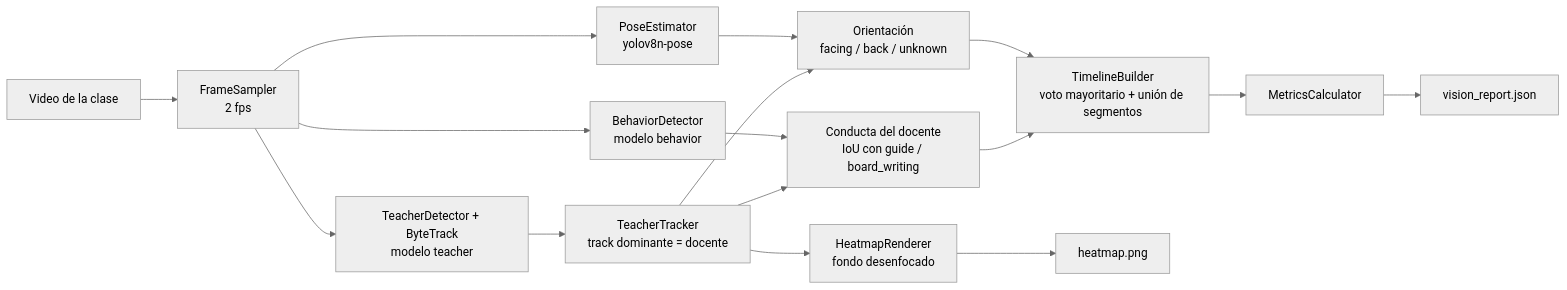
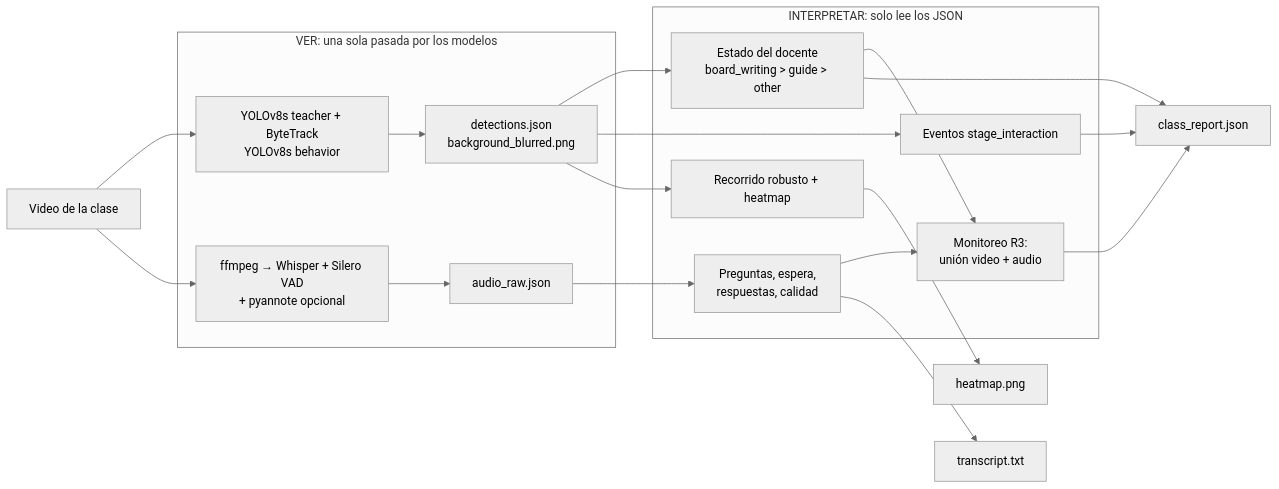
Before and after one commit to CaVassM/espejo: the diagram in README.md, drawn with Mermaid (neutral theme). The commit also changed other lines of this file, not shown here.

Commit message:
docs: README con modelos, métricas por rúbrica, limitaciones y mejoras

````diff
--- a/README.md
+++ b/README.md
@@ -13,18 +16,22 @@
 ```mermaid
 flowchart LR
-    A[Video de la clase] --> B[FrameSampler<br/>2 fps]
-    B --> C[TeacherDetector + ByteTrack<br/>modelo teacher]
-    B --> D[BehaviorDetector<br/>modelo behavior]
-    B --> E[PoseEstimator<br/>yolov8n-pose]
-    C --> F[TeacherTracker<br/>track dominante = docente]
-    F --> G[Conducta del docente<br/>IoU con guide / board_writing]
-    D --> G
-    F --> H[Orientación<br/>facing / back / unknown]
-    E --> H
-    G --> I[TimelineBuilder<br/>voto mayoritario + unión de segmentos]
-    H --> I
-    I --> J[MetricsCalculator]
-    F --> K[HeatmapRenderer<br/>fondo desenfocado]
-    J --> L[vision_report.json]
-    K --> M[heatmap.png]
+    V[Video de la clase] --> VER1
+    V --> VER2
+    subgraph VER [VER: una sola pasada por los modelos]
+        VER1[YOLOv8s teacher + ByteTrack<br/>YOLOv8s behavior] --> D[detections.json<br/>background_blurred.png]
+        VER2[ffmpeg → Whisper + Silero VAD<br/>+ pyannote opcional] --> A[audio_raw.json]
+    end
+    subgraph INTERPRETAR [INTERPRETAR: solo lee los JSON]
+        D --> T[Estado del docente<br/>board_writing > guide > other]
+        D --> S[Eventos stage_interaction]
+        D --> P[Recorrido robusto + heatmap]
+        A --> Q[Preguntas, espera,<br/>respuestas, calidad]
+        T --> M[Monitoreo R3:<br/>unión video + audio]
+        Q --> M
+    end
+    M --> R[class_report.json]
+    T --> R
+    S --> R
+    P --> H[heatmap.png]
+    Q --> X[transcript.txt]
 ```
````
